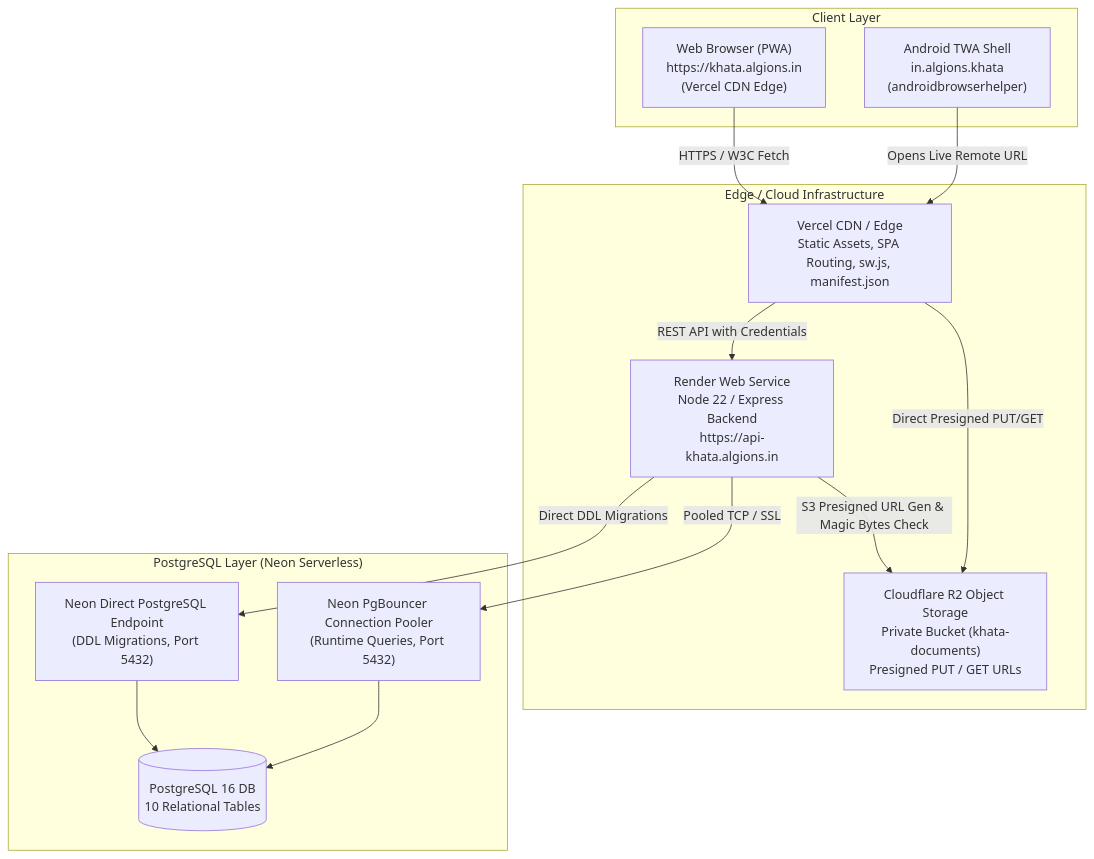
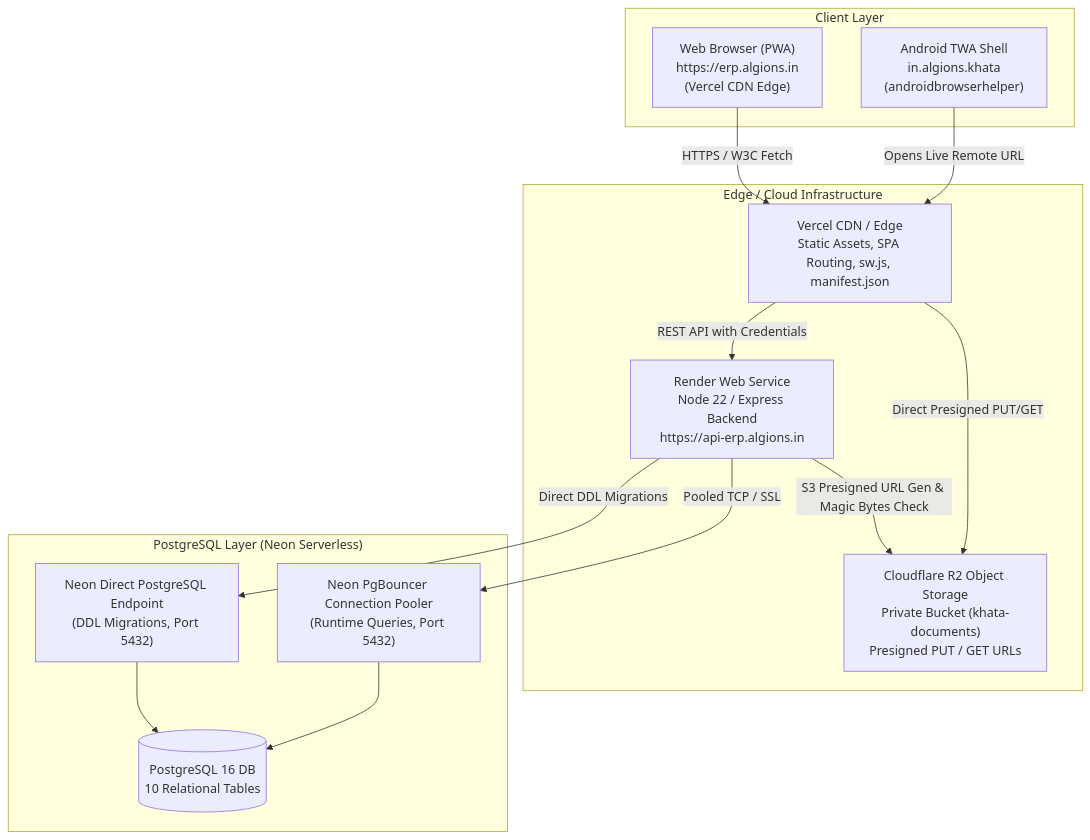
Before and after one commit to abraj12/khata-copy: the first of 3 diagrams in docs/ARCHITECTURE.md, drawn with Mermaid. The commit also changed other lines of this file and 21 other files, not shown here.

Commit message:
chore: purge all remaining references to khata.algions.in

````diff
--- a/docs/ARCHITECTURE.md
+++ b/docs/ARCHITECTURE.md
@@ -15,30 +15,30 @@
 ```mermaid
 flowchart TD
     subgraph Clients["Client Layer"]
-        PWA["Web Browser (PWA)\nhttps://khata.algions.in\n(Vercel CDN Edge)"]
+        PWA["Web Browser (PWA)\nhttps://erp.algions.in\n(Vercel CDN Edge)"]
         TWA["Android TWA Shell\nin.algions.khata\n(androidbrowserhelper)"]
     end
 
     subgraph Hosting["Edge / Cloud Infrastructure"]
         Vercel["Vercel CDN / Edge\nStatic Assets, SPA Routing, sw.js, manifest.json"]
-        Render["Render Web Service\nNode 22 / Express Backend\nhttps://api-khata.algions.in"]
+        Render["Render Web Service\nNode 22 / Express Backend\nhttps://api-erp.algions.in"]
         R2["Cloudflare R2 Object Storage\nPrivate Bucket (khata-documents)\nPresigned PUT / GET URLs"]
     end
 
     subgraph Database["PostgreSQL Layer (Neon Serverless)"]
         Pooler["Neon PgBouncer Connection Pooler\n(Runtime Queries, Port 5432)"]
         Direct["Neon Direct PostgreSQL Endpoint\n(DDL Migrations, Port 5432)"]
         DB[(PostgreSQL 16 DB\n10 Relational Tables)]
     end
 
     TWA -->|Opens Live Remote URL| Vercel
     PWA -->|HTTPS / W3C Fetch| Vercel
     Vercel -->|REST API with Credentials| Render
     Vercel -->|Direct Presigned PUT/GET| R2
 
     Render -->|S3 Presigned URL Gen & Magic Bytes Check| R2
     Render -->|Pooled TCP / SSL| Pooler
     Render -->|Direct DDL Migrations| Direct
     Pooler --> DB
     Direct --> DB
 ```
````
